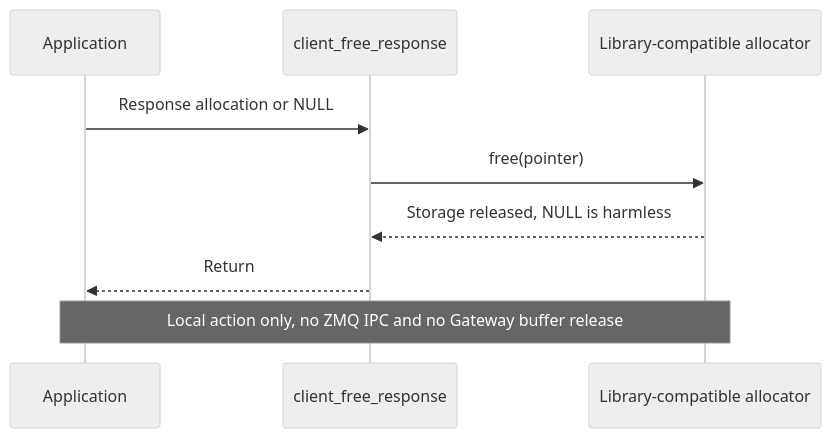
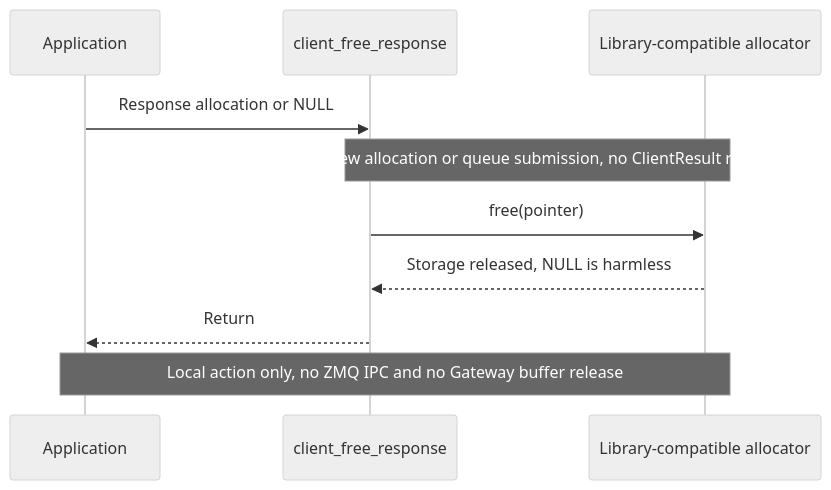
Before and after one commit to rdkcentral/eyil-secure-gateway: diagram 12 of 30 in doc/EyilSecureGateway.md, drawn with Mermaid (neutral theme). The commit also changed other lines of this file and 1 other file, not shown here.

````diff
--- a/doc/EyilSecureGateway.md
+++ b/doc/EyilSecureGateway.md
@@ -1567,11 +1800,12 @@
 ```mermaid
 sequenceDiagram
     participant A as Application
     participant API as client_free_response
     participant M as Library-compatible allocator
     A->>API: Response allocation or NULL
+    Note over API,M: No new allocation or queue submission, no ClientResult return
     API->>M: free(pointer)
     M-->>API: Storage released, NULL is harmless
     API-->>A: Return
     Note over A,M: Local action only, no ZMQ IPC and no Gateway buffer release
 ```
````
